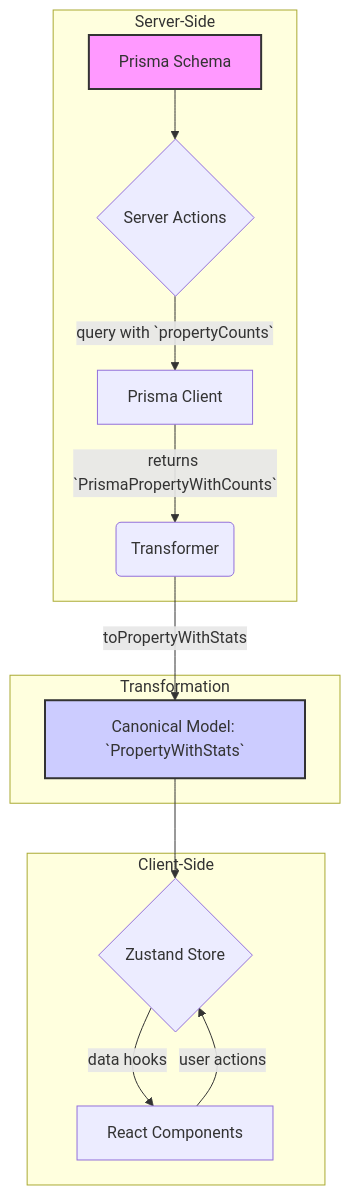
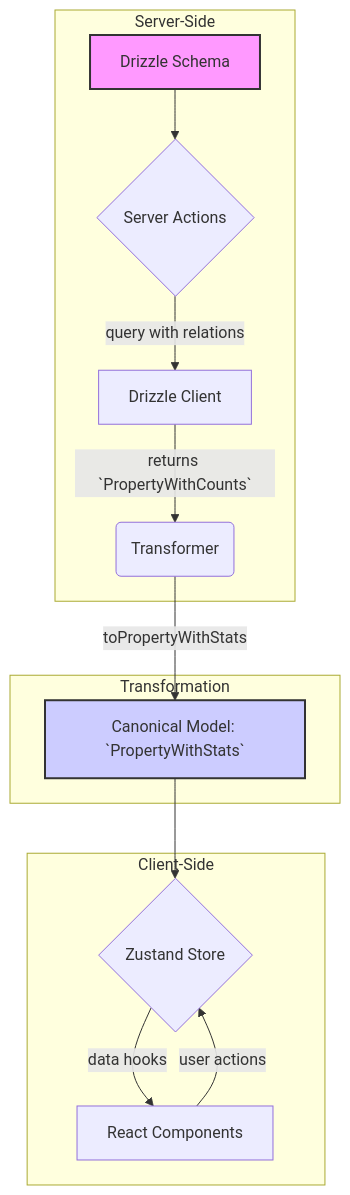
One commit to gvastethecreator/media-manager changed the diagram in src/types/entities/property/documentation.md. Above: the diagram before and after it, drawn with Mermaid. The commit also changed other lines of this file and 189 other files, not shown here.

````diff
--- a/src/types/entities/property/documentation.md
+++ b/src/types/entities/property/documentation.md
@@ -65,21 +60,21 @@
 ```mermaid
 graph TD
     subgraph "Server-Side"
-        A[Prisma Schema] --> B{Server Actions};
-        B -- "query with `propertyCounts`" --> C[Prisma Client];
-        C -- "returns `PrismaPropertyWithCounts`" --> D(Transformer);
+        A[Drizzle Schema] --> B{Server Actions};
+        B -- "query with relations" --> C[Drizzle Client];
+        C -- "returns `PropertyWithCounts`" --> D(Transformer);
     end
 
     subgraph "Transformation"
         D -- "`toPropertyWithStats`" --> E[Canonical Model: `PropertyWithStats`];
     end
 
     subgraph "Client-Side"
         E --> F{Zustand Store};
         F -- "data hooks" --> G[React Components];
         G -- "user actions" --> F;
     end
 
     style A fill:#f9f,stroke:#333,stroke-width:2px
     style E fill:#ccf,stroke:#333,stroke-width:2px
 ```
````
